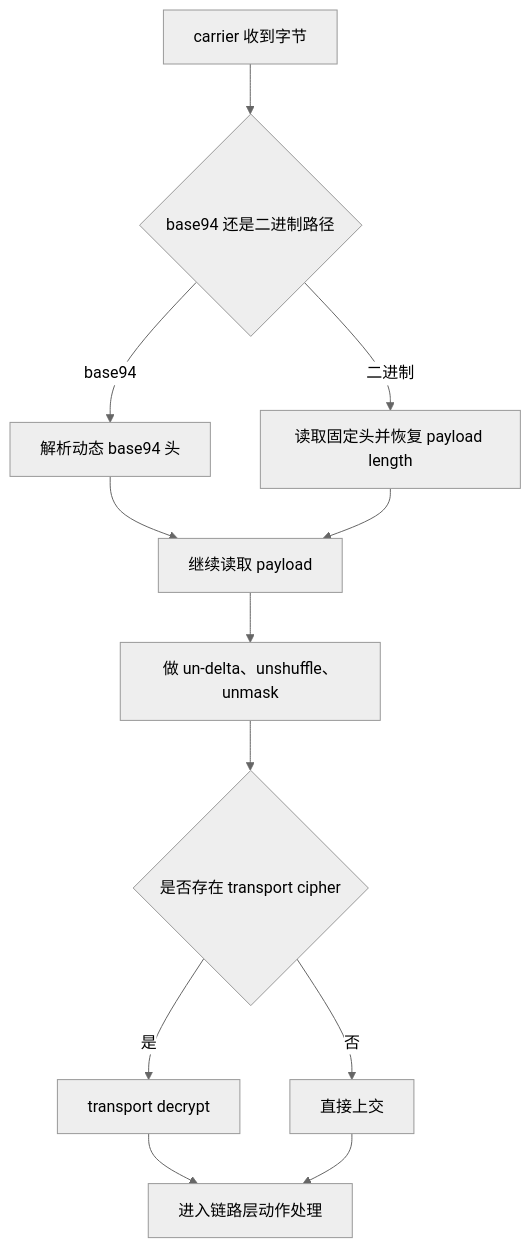
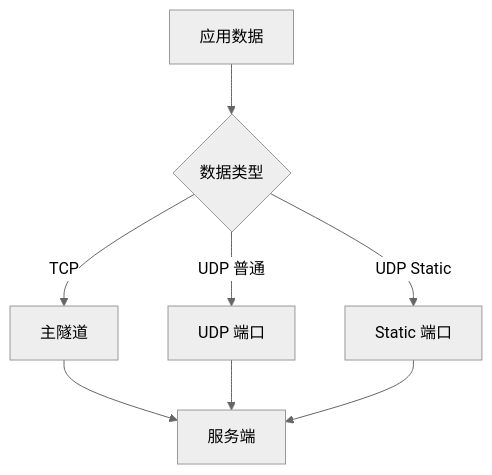
Before and after one commit to HyacinthHaru/openppp2: diagram 11 of 11 in docs/TRANSMISSION_CN.md, drawn with Mermaid (neutral theme). The commit also changed other lines of this file and 31 other files, not shown here.

````diff
--- a/docs/TRANSMISSION_CN.md
+++ b/docs/TRANSMISSION_CN.md
@@ -470,14 +353,10 @@
 ```mermaid
 flowchart TD
-    A[carrier 收到字节] --> B{base94 还是二进制路径}
-    B -->|base94| C[解析动态 base94 头]
-    B -->|二进制| D[读取固定头并恢复 payload length]
-    C --> E[继续读取 payload]
-    D --> E
-    E --> F[做 un-delta、unshuffle、unmask]
-    F --> G{是否存在 transport cipher}
-    G -->|是| H[transport decrypt]
-    G -->|否| I[直接上交]
-    H --> J[进入链路层动作处理]
-    I --> J
+    A[应用数据] --> B{数据类型}
+    B -->|TCP| C[主隧道]
+    B -->|UDP 普通| D[UDP 端口]
+    B -->|UDP Static| E[Static 端口]
+    C --> F[服务端]
+    D --> F
+    E --> F
 ```
````
